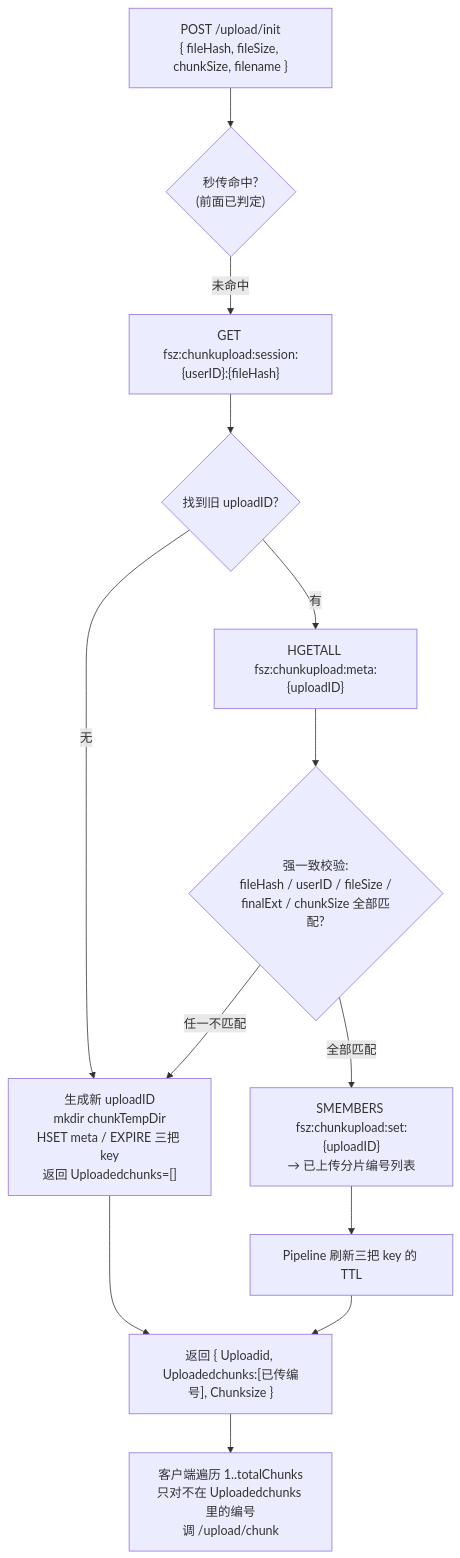
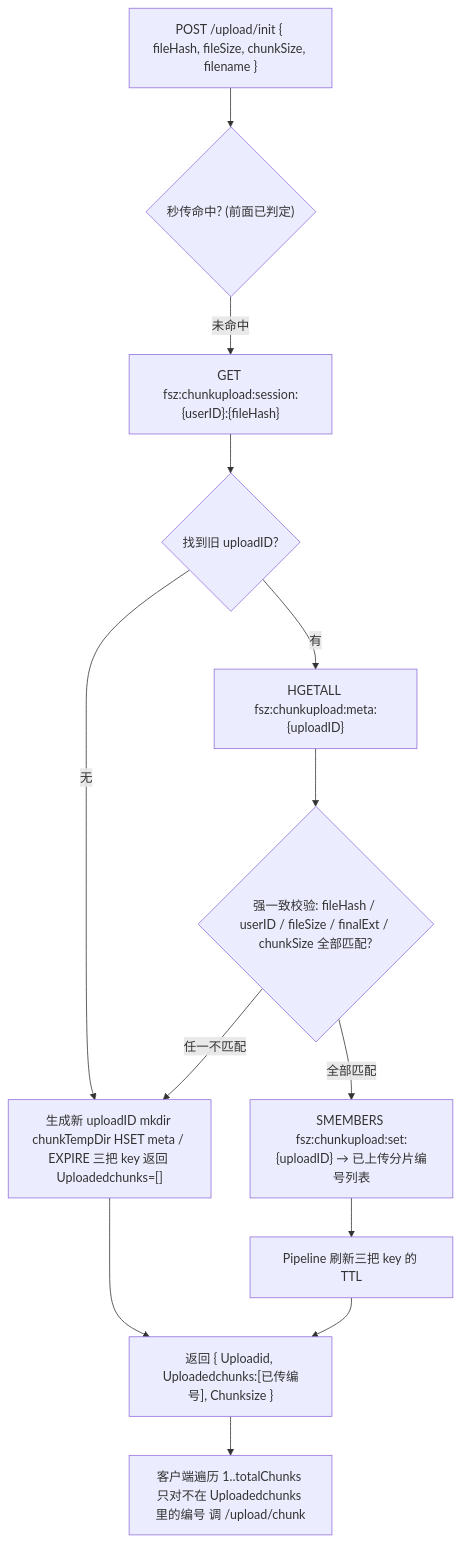
The seventh of 28 diagrams in docs/PROJECT_OVERVIEW.md (Redeemz473/feedsystem-zero), drawn with Mermaid before and after one commit. The commit also changed other lines of this file, not shown here.

Commit message:
docs(overview): normalize all 28 mermaid diagrams for github renderer (remove 124 br tags and 3 dashed-with-label edges)

````diff
--- a/docs/PROJECT_OVERVIEW.md
+++ b/docs/PROJECT_OVERVIEW.md
@@ -1063,15 +1063,15 @@
 ```mermaid
 flowchart TD
-    Init["POST /upload/init<br/>{ fileHash, fileSize, chunkSize, filename }"] --> Q0{"秒传命中?<br/>(前面已判定)"}
+    Init["POST /upload/init { fileHash, fileSize, chunkSize, filename }"] --> Q0{"秒传命中? (前面已判定)"}
     Q0 -- "未命中" --> Session["GET fsz:chunkupload:session:{userID}:{fileHash}"]
     Session --> Q1{"找到旧 uploadID?"}
-    Q1 -- "无" --> New["生成新 uploadID<br/>mkdir chunkTempDir<br/>HSET meta / EXPIRE 三把 key<br/>返回 Uploadedchunks=[]"]
+    Q1 -- "无" --> New["生成新 uploadID mkdir chunkTempDir HSET meta / EXPIRE 三把 key 返回 Uploadedchunks=[]"]
     Q1 -- "有" --> Meta["HGETALL fsz:chunkupload:meta:{uploadID}"]
-    Meta --> Q2{"强一致校验:<br/>fileHash / userID / fileSize /<br/>finalExt / chunkSize 全部匹配?"}
+    Meta --> Q2{"强一致校验: fileHash / userID / fileSize / finalExt / chunkSize 全部匹配?"}
     Q2 -- "任一不匹配" --> New
-    Q2 -- "全部匹配" --> Reuse["SMEMBERS fsz:chunkupload:set:{uploadID}<br/>→ 已上传分片编号列表"]
+    Q2 -- "全部匹配" --> Reuse["SMEMBERS fsz:chunkupload:set:{uploadID} → 已上传分片编号列表"]
     Reuse --> Refresh["Pipeline 刷新三把 key 的 TTL"]
     Refresh --> Return["返回 { Uploadid, Uploadedchunks:[已传编号], Chunksize }"]
     New --> Return
-    Return --> Client["客户端遍历 1..totalChunks<br/>只对不在 Uploadedchunks 里的编号<br/>调 /upload/chunk"]
+    Return --> Client["客户端遍历 1..totalChunks 只对不在 Uploadedchunks 里的编号 调 /upload/chunk"]
 ```
````
